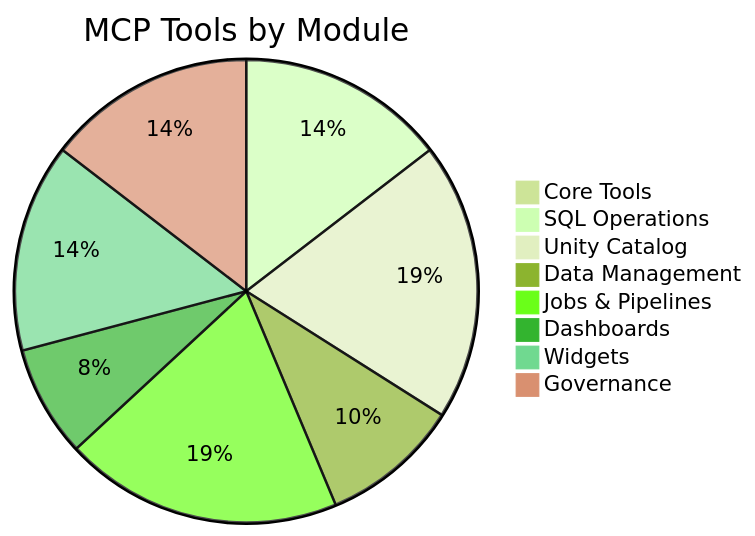
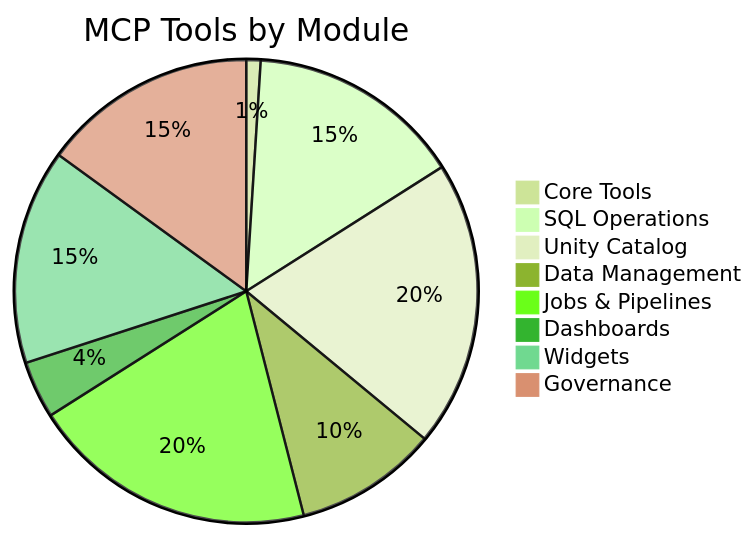
The second of 4 diagrams in README.md (PulkitXChadha/awesome-databricks-mcp), drawn with Mermaid (forest theme) before and after one commit. The commit also changed other lines of this file and 6 other files, not shown here.

````diff
--- a/README.md
+++ b/README.md
@@ -602,11 +602,11 @@
 ```mermaid
 pie title MCP Tools by Module
     "Core Tools" : 1
     "SQL Operations" : 15
     "Unity Catalog" : 20
     "Data Management" : 10
     "Jobs & Pipelines" : 20
-    "Dashboards" : 8
+    "Dashboards" : 4
     "Widgets" : 15
     "Governance" : 15
 ```
````
